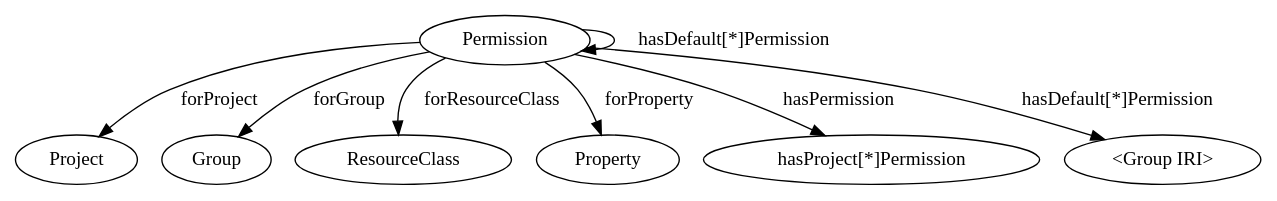
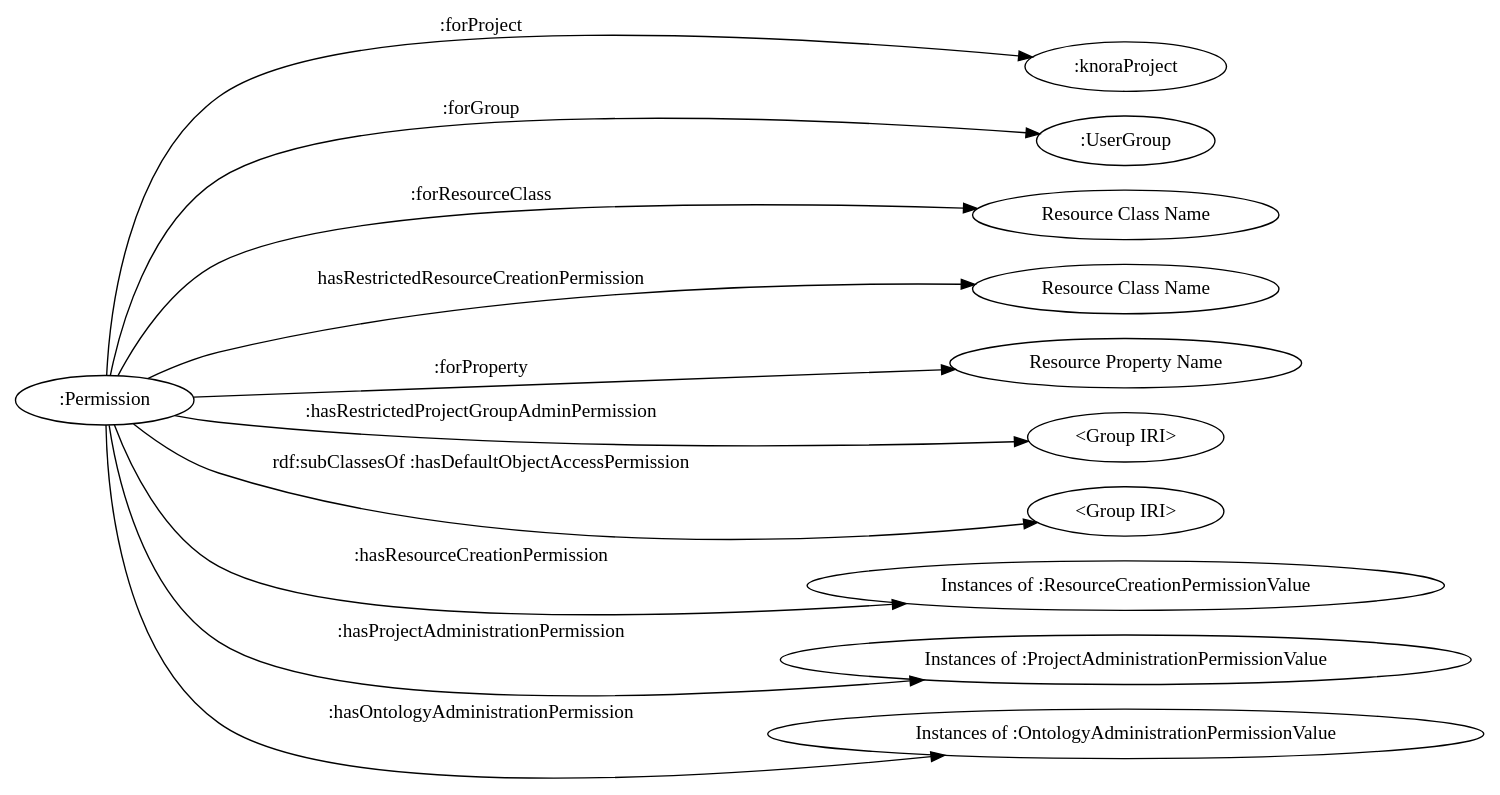
One commit to dasch-swiss/dsp-api changed the fourth of 6 diagrams in docs/rst/knora-api-server/design-documentation/administration.rst. Above: the diagram before and after it, drawn with Graphviz. The commit also changed other lines of this file and 1 other file, not shown here.

```diff
--- a/docs/rst/knora-api-server/design-documentation/administration.rst
+++ b/docs/rst/knora-api-server/design-documentation/administration.rst
@@ -378,11 +388,30 @@
 .. graphviz::
 
    digraph permissions {
-     "Permission" -> "Project" [ label="forProject" ];
-     "Permission" -> "Group" [ label="forGroup" ];
-     "Permission" -> "ResourceClass" [ label="forResourceClass" ];
-     "Permission" -> "Property" [ label="forProperty" ];
-     "Permission" -> "hasProject[*]Permission" [ label="hasPermission" ];
-     "Permission" -> 
-     "Permission" -> "<Group IRI>" [ label="hasDefault[*]Permission"];
+     rankdir="LR"
+     
+     p [label=":Permission"]
+     np [label=":knoraProject"]
+     ug [label=":UserGroup"]
+     rc1 [label="Resource Class Name"]
+     rc2 [label="Resource Class Name"]
+     pr [label="Resource Property Name"]
+     
+     g1 [label="<Group IRI>"]
+     g2 [label="<Group IRI>"]
+     
+     p -> np [ label=":forProject" ]
+     p -> ug [ label=":forGroup" ]
+     p -> rc1 [ label=":forResourceClass" ]
+     p -> pr [ label=":forProperty" ]
+     
+     p -> "Instances of :ResourceCreationPermissionValue" [ label=":hasResourceCreationPermission" ]
+     p -> rc2 [ label="hasRestrictedResourceCreationPermission" ]
+     
+     p -> "Instances of :ProjectAdministrationPermissionValue" [ label=":hasProjectAdministrationPermission" ]
+     p -> g1 [ label=":hasRestrictedProjectGroupAdminPermission" ]
+     
+     p -> "Instances of :OntologyAdministrationPermissionValue" [ label=":hasOntologyAdministrationPermission" ]
+     
+     p -> g2 [ label="rdf:subClassesOf :hasDefaultObjectAccessPermission"]
    }
```
